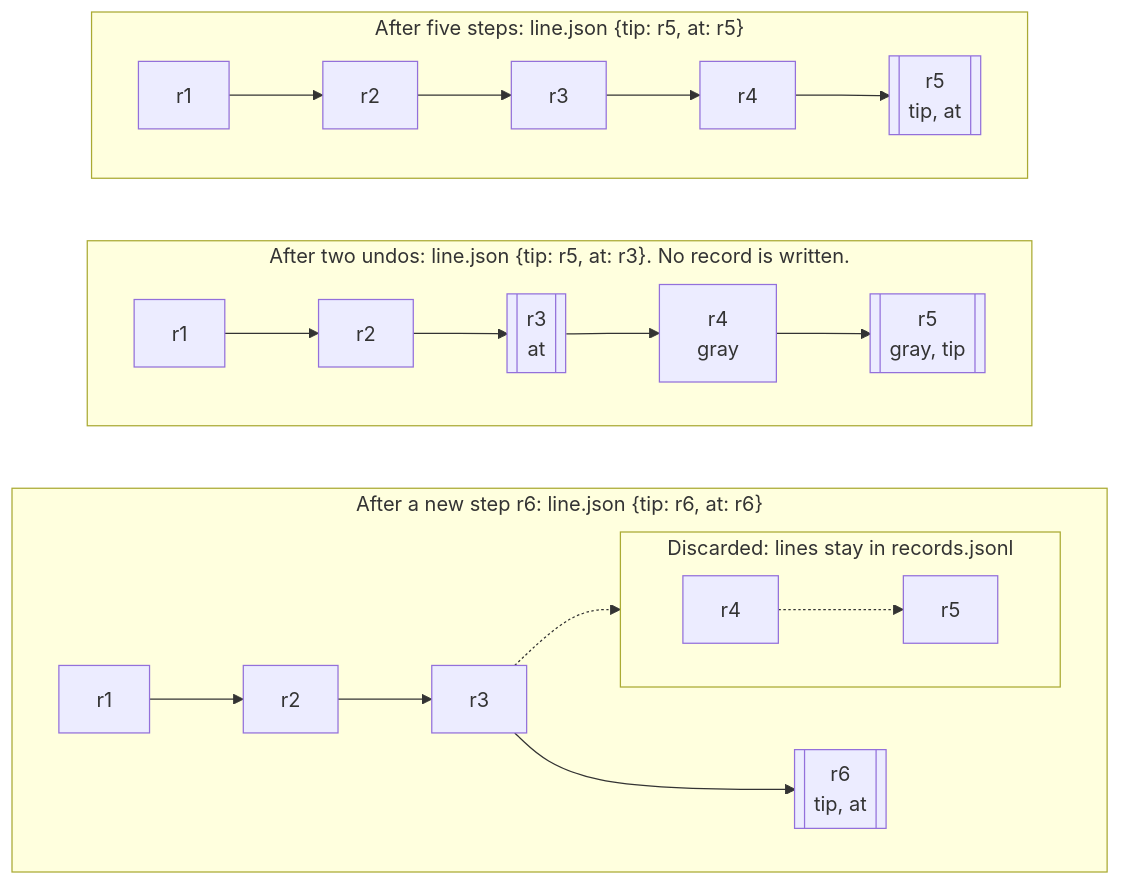
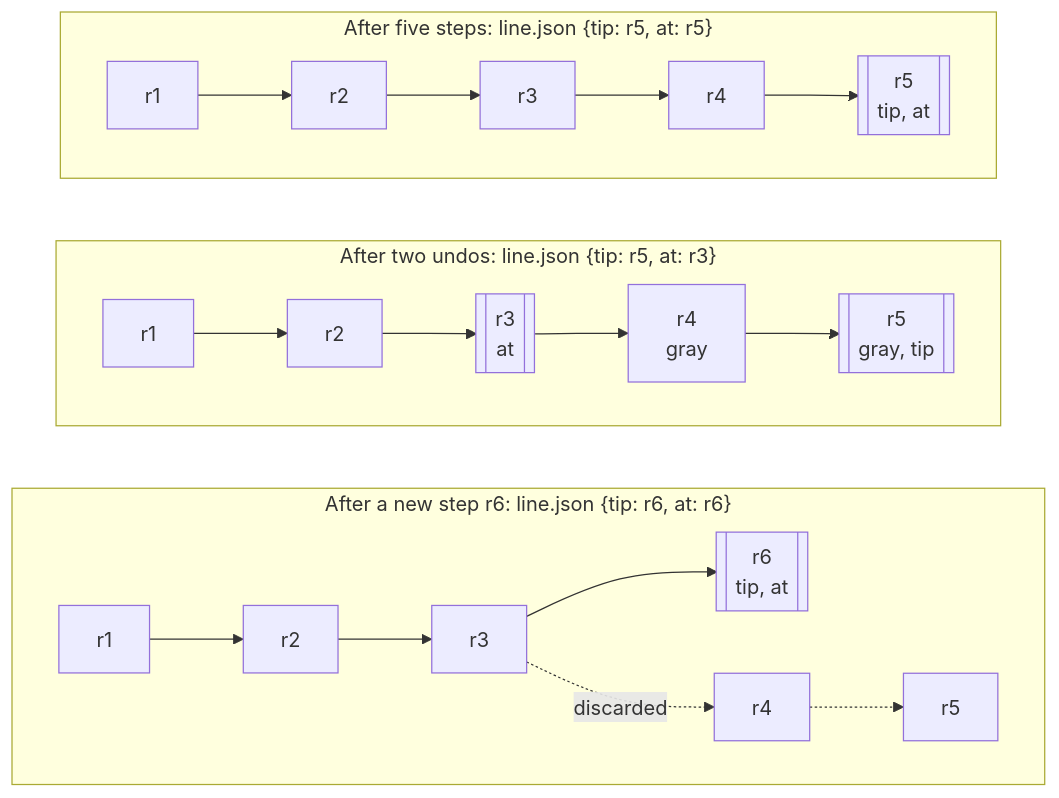
Before and after one commit to fastvideo-project/dreamverse-harness: the first of 3 diagrams in docs/dreamverse/subsystems/project.md, drawn with Mermaid. The commit also changed other lines of this file and 20 other files, not shown here.

````diff
--- a/docs/dreamverse/subsystems/project.md
+++ b/docs/dreamverse/subsystems/project.md
@@ -73,21 +73,17 @@
 ```mermaid
 flowchart TB
     subgraph five["After five steps: line.json {tip: r5, at: r5}"]
         direction LR
         a1[r1] --> a2[r2] --> a3[r3] --> a4[r4] --> a5[["r5<br/>tip, at"]]
     end
-    subgraph undo["After two undos: line.json {tip: r5, at: r3}. No record is written."]
+    subgraph undo["After two undos: line.json {tip: r5, at: r3}"]
         direction LR
         b1[r1] --> b2[r2] --> b3[["r3<br/>at"]] --> b4["r4<br/>gray"] --> b5[["r5<br/>gray, tip"]]
     end
     subgraph write["After a new step r6: line.json {tip: r6, at: r6}"]
         direction LR
         c1[r1] --> c2[r2] --> c3[r3] --> c6[["r6<br/>tip, at"]]
-        subgraph gone["Discarded: lines stay in records.jsonl"]
-            direction LR
-            c4[r4] -.-> c5[r5]
-        end
-        c3 -.-> c4
+        c3 -. "discarded" .-> c4[r4] -.-> c5[r5]
     end
     five ~~~ undo ~~~ write
 ```
````
